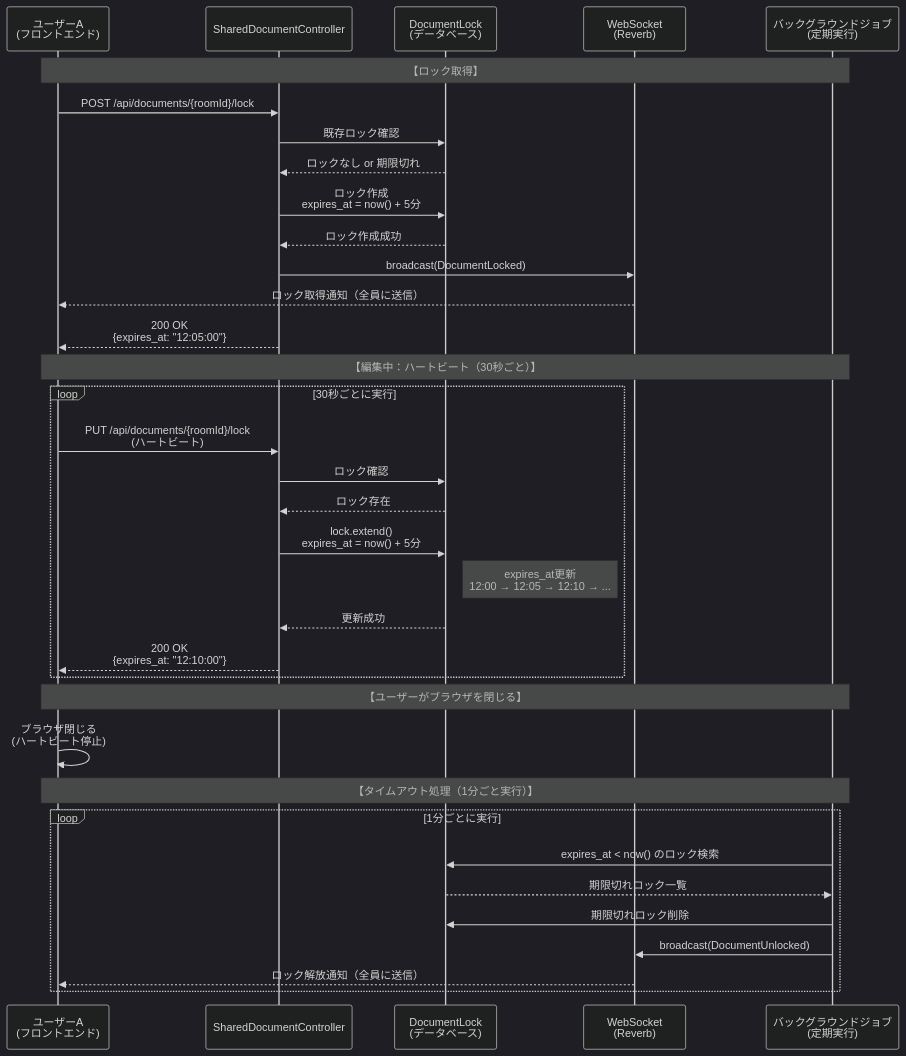
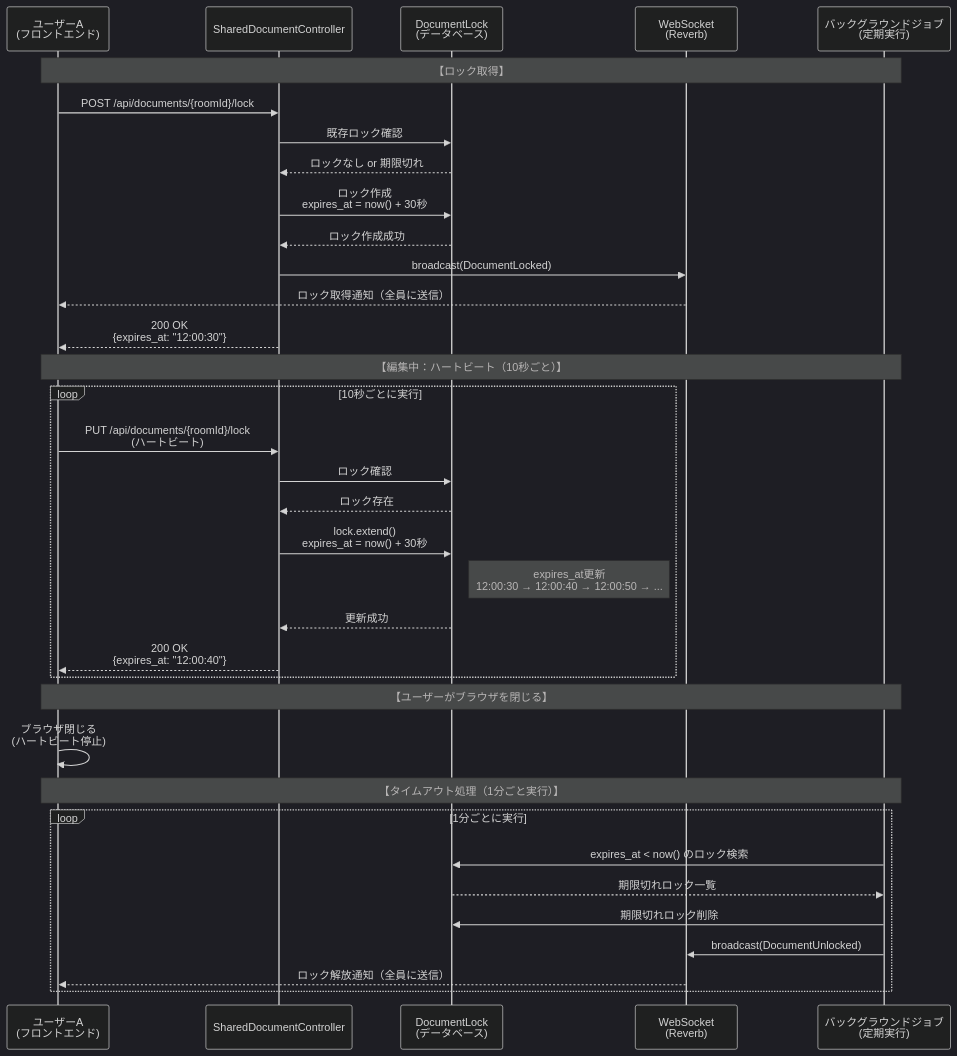
Before and after one commit to idw-coder/laravel-rds: the first of 6 diagrams in DOCUMENT_LOCK_FLOW.md, drawn with Mermaid (dark theme). The commit also changed other lines of this file and 3 other files, not shown here.

````diff
--- a/DOCUMENT_LOCK_FLOW.md
+++ b/DOCUMENT_LOCK_FLOW.md
@@ -5,41 +5,41 @@
 ```mermaid
 sequenceDiagram
     participant User as ユーザーA<br/>(フロントエンド)
     participant API as SharedDocumentController
     participant DB as DocumentLock<br/>(データベース)
     participant WS as WebSocket<br/>(Reverb)
     participant Job as バックグラウンドジョブ<br/>(定期実行)
 
     Note over User,Job: 【ロック取得】
     User->>API: POST /api/documents/{roomId}/lock
     API->>DB: 既存ロック確認
     DB-->>API: ロックなし or 期限切れ
-    API->>DB: ロック作成<br/>expires_at = now() + 5分
+    API->>DB: ロック作成<br/>expires_at = now() + 30秒
     DB-->>API: ロック作成成功
     API->>WS: broadcast(DocumentLocked)
     WS-->>User: ロック取得通知（全員に送信）
-    API-->>User: 200 OK<br/>{expires_at: "12:05:00"}
+    API-->>User: 200 OK<br/>{expires_at: "12:00:30"}
 
-    Note over User,Job: 【編集中：ハートビート（30秒ごと）】
-    loop 30秒ごとに実行
+    Note over User,Job: 【編集中：ハートビート（10秒ごと）】
+    loop 10秒ごとに実行
         User->>API: PUT /api/documents/{roomId}/lock<br/>(ハートビート)
         API->>DB: ロック確認
         DB-->>API: ロック存在
-        API->>DB: lock.extend()<br/>expires_at = now() + 5分
-        Note right of DB: expires_at更新<br/>12:00 → 12:05 → 12:10 → ...
+        API->>DB: lock.extend()<br/>expires_at = now() + 30秒
+        Note right of DB: expires_at更新<br/>12:00:30 → 12:00:40 → 12:00:50 → ...
         DB-->>API: 更新成功
-        API-->>User: 200 OK<br/>{expires_at: "12:10:00"}
+        API-->>User: 200 OK<br/>{expires_at: "12:00:40"}
     end
 
     Note over User,Job: 【ユーザーがブラウザを閉じる】
     User->>User: ブラウザ閉じる<br/>(ハートビート停止)
 
     Note over User,Job: 【タイムアウト処理（1分ごと実行）】
     loop 1分ごとに実行
         Job->>DB: expires_at < now() のロック検索
         DB-->>Job: 期限切れロック一覧
         Job->>DB: 期限切れロック削除
         Job->>WS: broadcast(DocumentUnlocked)
         WS-->>User: ロック解放通知（全員に送信）
     end
 ```
````
